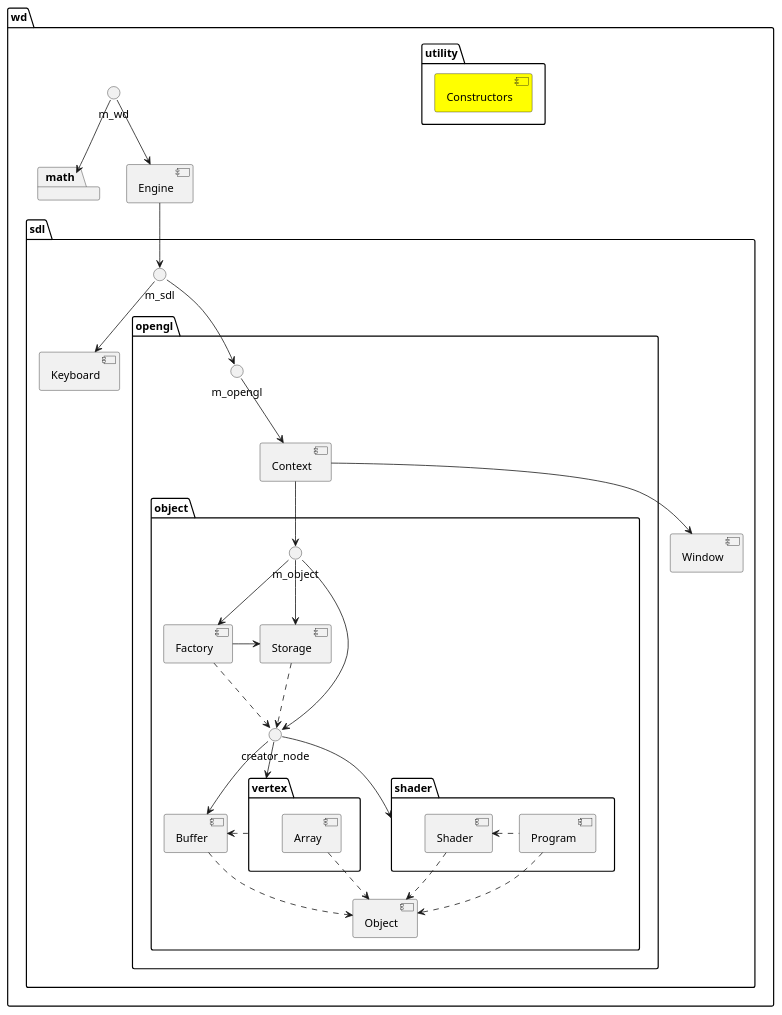
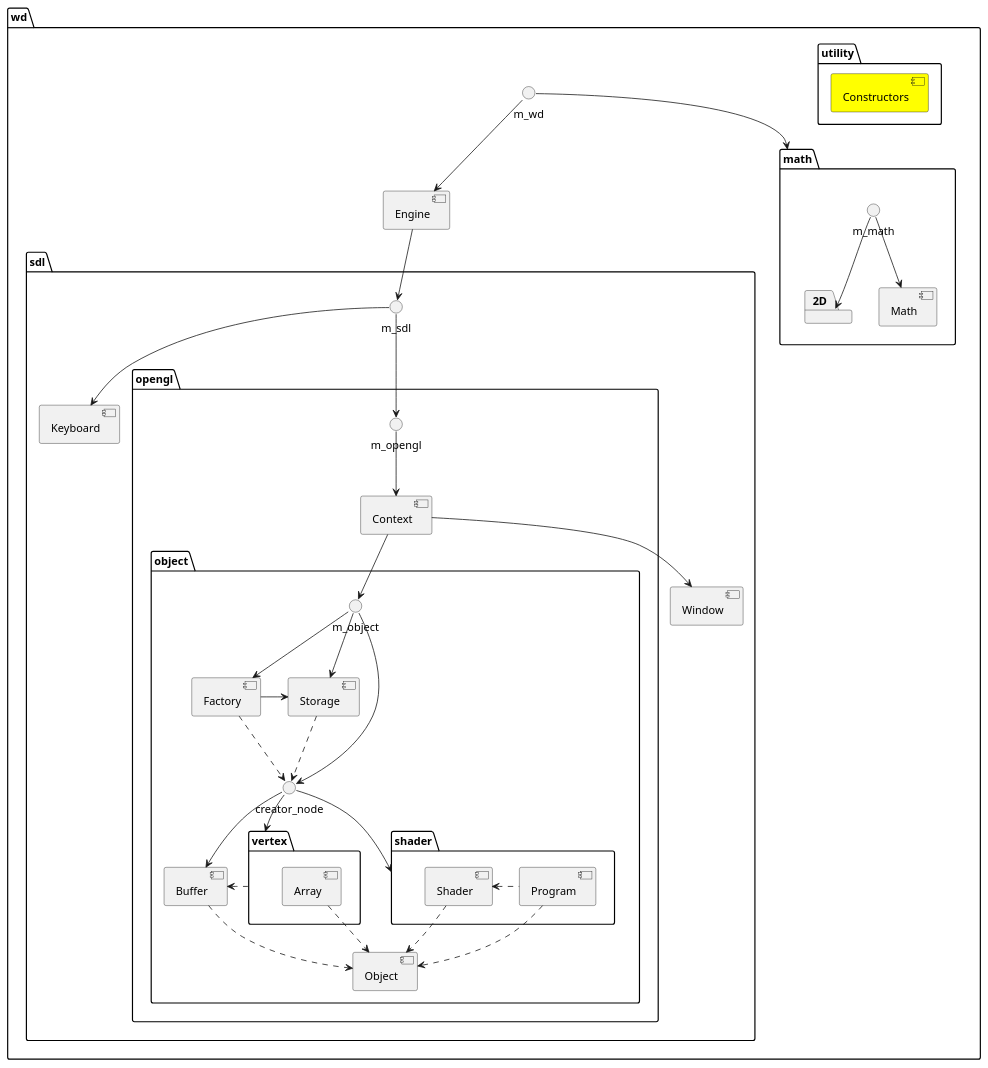
The diagram in docs/components.puml (Windings-Lab/SDL3), drawn with PlantUML before and after one commit. The commit also changed 12 other files, not shown here.

```diff
--- a/docs/components.puml
+++ b/docs/components.puml
@@ -1,52 +1,56 @@
 @startuml
 
 package "wd" {
-    package math
+    package math {
+        package 2D
+        m_math --> [Math]
+        m_math --> 2D
+    }
     package utility {
         [Constructors] #Yellow
     }
     package sdl {
         [Keyboard]
         [Window]
         package opengl {
             package "object" {
                 [Object]
                 [Buffer]
                 [Factory]
                 [Storage]
                 package vertex {
                     [Array]
                     [Array] ..> [Object]
                     vertex .left.> [Buffer]
                 }
                 package shader {
                     [Shader]
                     [Program]
                     [Shader] ..> [Object]
                     [Program] ..> [Object]
                     [Program] .left.> [Shader]
                 }
                 [Factory] -right-> [Storage]
                 [Factory] ..> creator_node
                 [Storage] ..> creator_node
                 [Buffer] ..> [Object]
                 creator_node --> [Buffer]
                 creator_node --> shader
                 creator_node --> vertex
                 m_object --> creator_node
                 m_object --> [Factory]
                 m_object --> [Storage]
             }
             [Context] --> m_object
             [Context] --> [Window]
             m_opengl --> [Context]
         }
         m_sdl --> [Keyboard]
         m_sdl --> m_opengl
     }
     m_wd --> [Engine]
     m_wd --> math
     [Engine] --> m_sdl
 }
 
 @enduml
```
